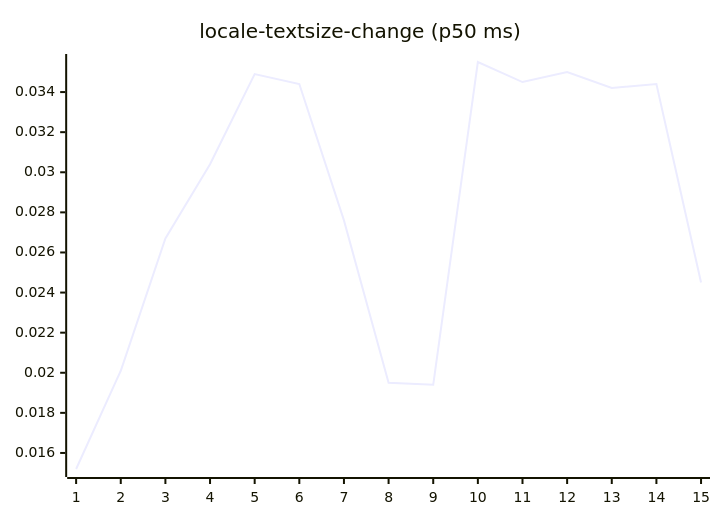
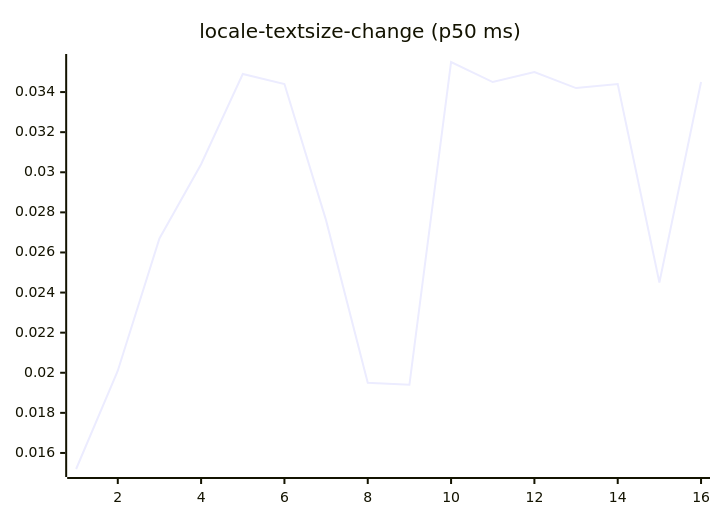
Diagram 13 of 27 in README.md (josha/Facet), drawn with Mermaid before and after one commit. The commit also changed other lines of this file and 2 other files, not shown here.

````diff
--- a/README.md
+++ b/README.md
@@ -147,6 +147,6 @@
 ```mermaid
 xychart-beta
     title "locale-textsize-change (p50 ms)"
-    x-axis 1 --> 15
-    line [0.0152, 0.0201, 0.0267, 0.0304, 0.0349, 0.0344, 0.0276, 0.0195, 0.0194, 0.0355, 0.0345, 0.0350, 0.0342, 0.0344, 0.0245]
+    x-axis 1 --> 16
+    line [0.0152, 0.0201, 0.0267, 0.0304, 0.0349, 0.0344, 0.0276, 0.0195, 0.0194, 0.0355, 0.0345, 0.0350, 0.0342, 0.0344, 0.0245, 0.0345]
 ```
````
